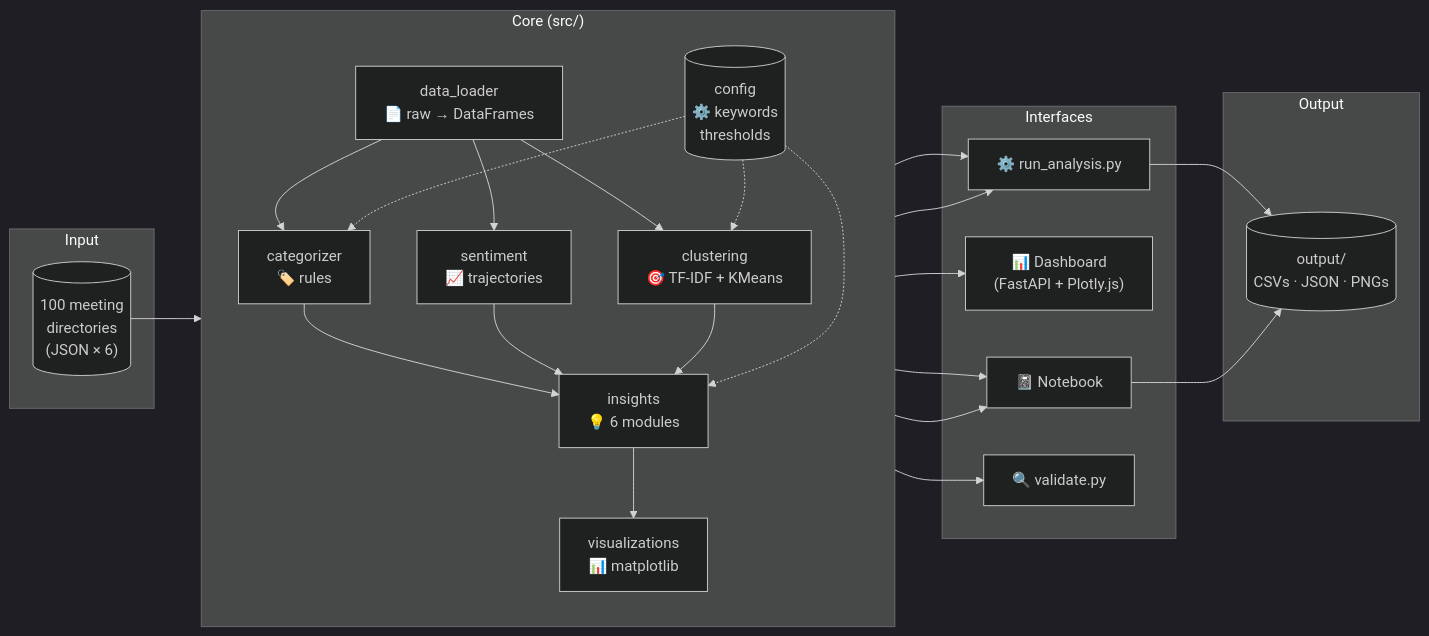
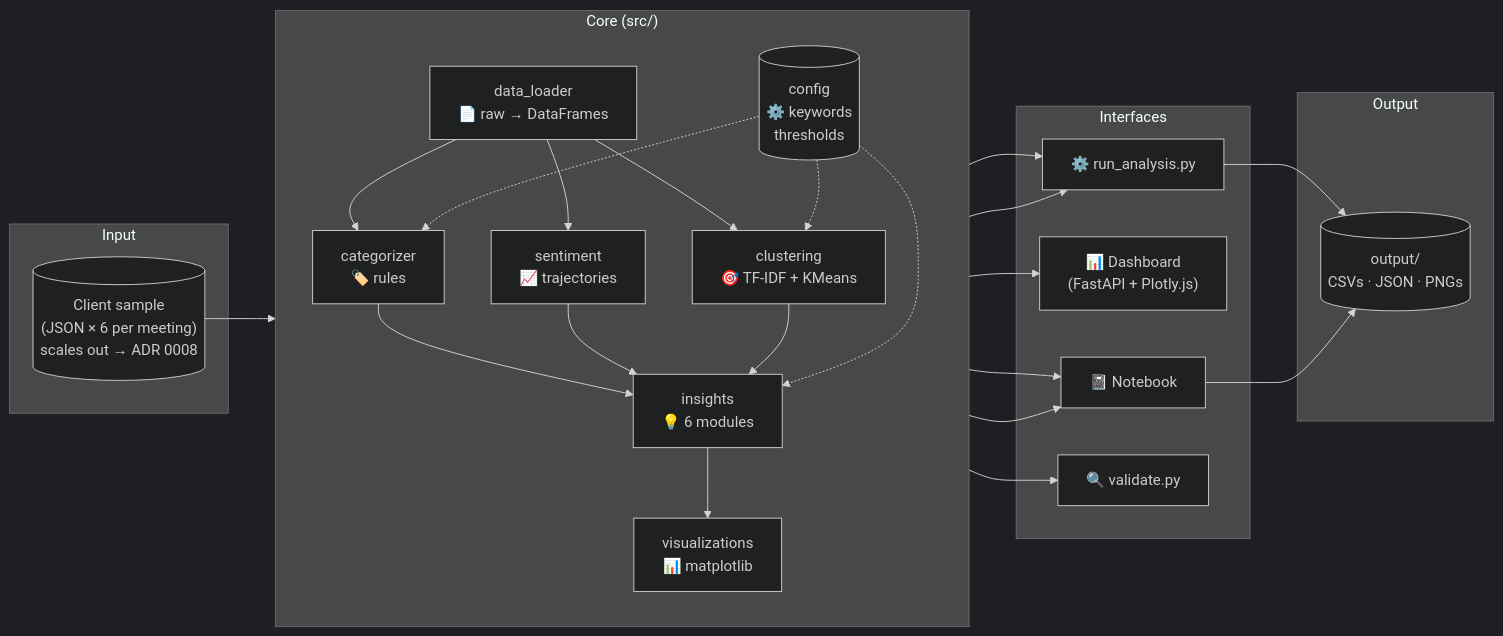
Before and after one commit to r2st/rubrik: the first of 12 diagrams in docs/ARCHITECTURE.md, drawn with Mermaid (dark theme). The commit also changed other lines of this file and 10 other files, not shown here.

````diff
--- a/docs/ARCHITECTURE.md
+++ b/docs/ARCHITECTURE.md
@@ -19,51 +19,51 @@
 ```mermaid
 flowchart LR
     subgraph "Input"
-        Data[("100 meeting<br/>directories<br/>(JSON × 6)")]
+        Data[("Client sample<br/>(JSON × 6 per meeting)<br/>scales out → ADR 0008")]
     end
 
     subgraph "Core (src/)"
         direction TB
         Loader["data_loader<br/>📄 raw → DataFrames"]
         Cat["categorizer<br/>🏷️ rules"]
         Sent["sentiment<br/>📈 trajectories"]
         Clust["clustering<br/>🎯 TF-IDF + KMeans"]
         Ins["insights<br/>💡 6 modules"]
         Viz["visualizations<br/>📊 matplotlib"]
         Cfg[("config<br/>⚙️ keywords<br/>thresholds")]
     end
 
     subgraph "Interfaces"
         NB["📓 Notebook"]
         DB["📊 Dashboard<br/>(FastAPI + Plotly.js)"]
         CLI["⚙️ run_analysis.py"]
         Val["🔍 validate.py"]
     end
 
     subgraph "Output"
         Out[("output/<br/>CSVs · JSON · PNGs")]
     end
 
     Data --> Loader
     Loader --> Cat
     Loader --> Sent
     Loader --> Clust
     Cat --> Ins
     Sent --> Ins
     Clust --> Ins
     Ins --> Viz
 
     Cfg -.-> Cat
     Cfg -.-> Clust
     Cfg -.-> Ins
 
     Ins --> NB
     Ins --> DB
     Ins --> CLI
     Ins --> Val
     Viz --> NB
     Viz --> CLI
 
     CLI --> Out
     NB --> Out
 ```
````
